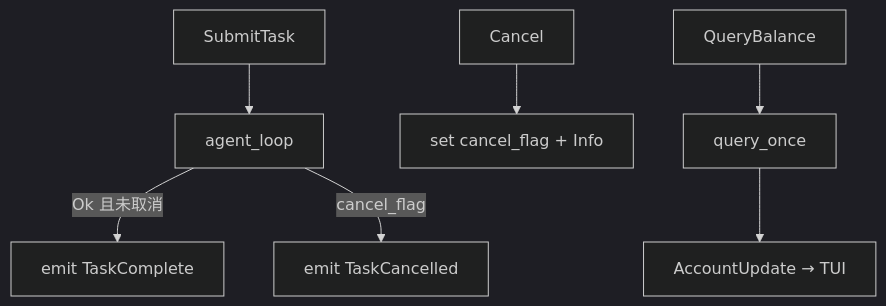
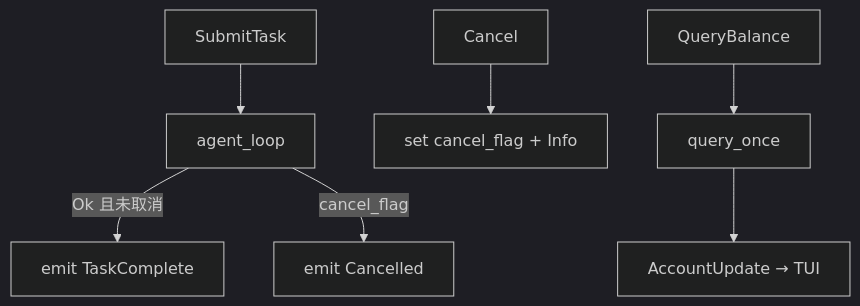
The eighth of 9 diagrams in book/25_chapter_protocol_zh.md (rust-infra/tact), drawn with Mermaid (dark theme) before and after one commit. The commit also changed other lines of this file and 8 other files, not shown here.

````diff
--- a/book/25_chapter_protocol_zh.md
+++ b/book/25_chapter_protocol_zh.md
@@ -315,9 +315,9 @@
 ```mermaid
 graph TD
     a_st[SubmitTask] --> b_al[agent_loop]
     b_al -->|Ok 且未取消| c_tc[emit TaskComplete]
-    b_al -->|cancel_flag| d_xc[emit TaskCancelled]
+    b_al -->|cancel_flag| d_xc[emit Cancelled]
     e_cn[Cancel] --> f_cf[set cancel_flag + Info]
     g_qb[QueryBalance] --> h_qo[query_once]
     h_qo --> i_au[AccountUpdate → TUI]
 ```
````
